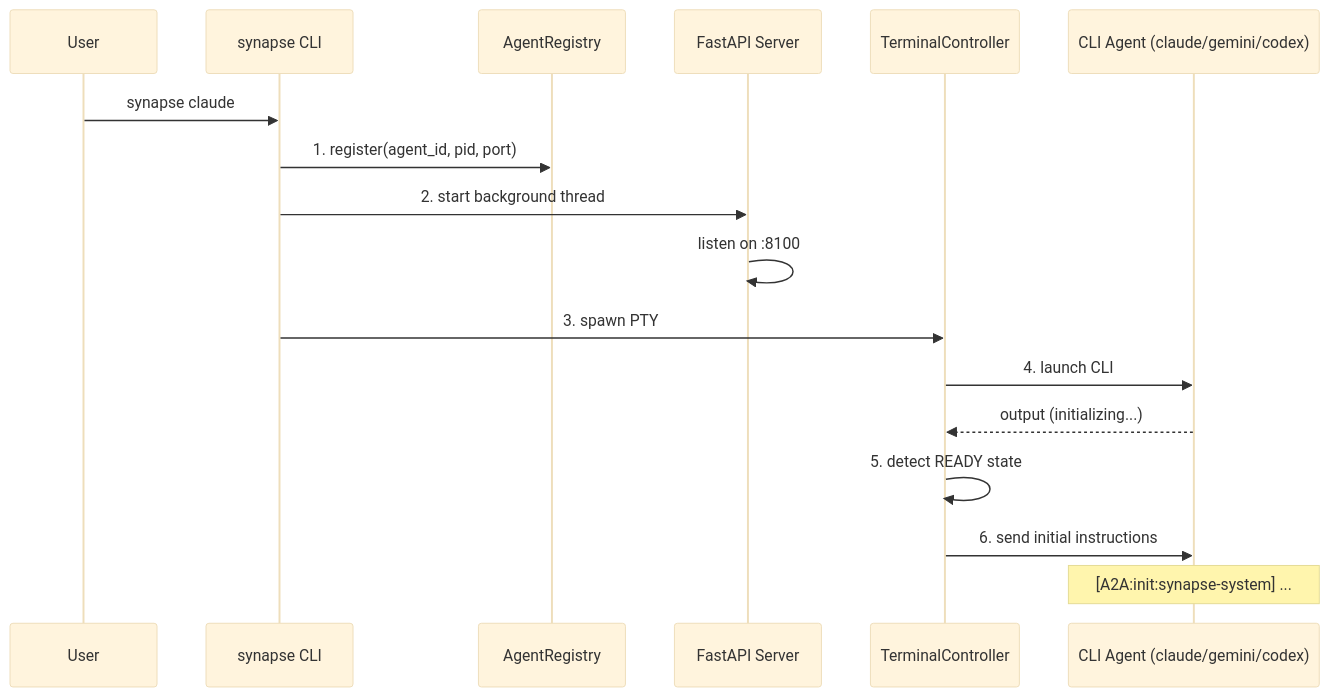
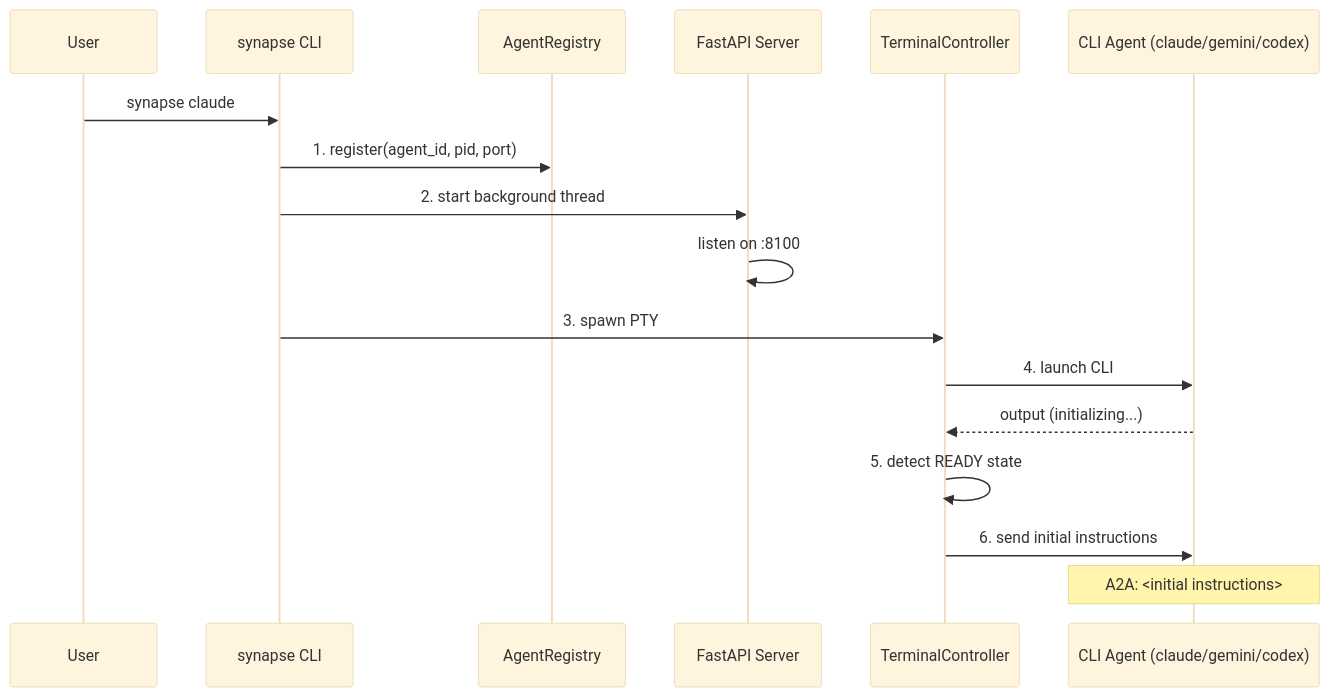
The second of 4 diagrams in guides/overview.md (s-hiraoku/synapse-a2a), drawn with Mermaid (base theme) before and after one commit. The commit also changed other lines of this file and 3 other files, not shown here.

````diff
--- a/guides/overview.md
+++ b/guides/overview.md
@@ -150,20 +150,20 @@
 ```mermaid
 sequenceDiagram
     participant User
     participant CLI as synapse CLI
     participant Registry as AgentRegistry
     participant Server as FastAPI Server
     participant Controller as TerminalController
     participant Agent as CLI Agent (claude/gemini/codex)
 
     User->>CLI: synapse claude
     CLI->>Registry: 1. register(agent_id, pid, port)
     CLI->>Server: 2. start background thread
     Server->>Server: listen on :8100
     CLI->>Controller: 3. spawn PTY
     Controller->>Agent: 4. launch CLI
     Agent-->>Controller: output (initializing...)
     Controller->>Controller: 5. detect READY state
     Controller->>Agent: 6. send initial instructions
-    Note over Agent: [A2A:init:synapse-system] ...
+    Note over Agent: A2A: <initial instructions>
 ```
````
